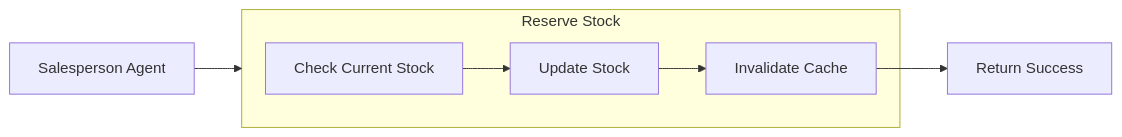
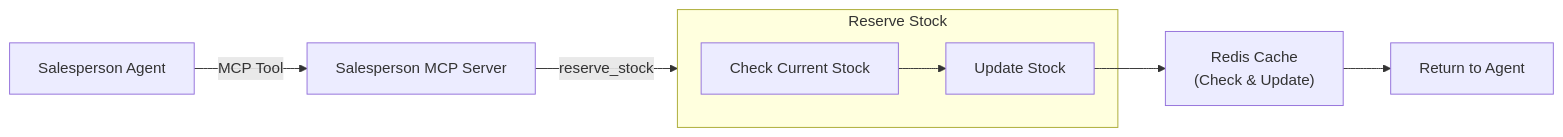
Before and after one commit to biabeogo147/Agent-Ecosystem-Salesperson-and-Payment: the sixth of 7 diagrams in DemoScenarios.md, drawn with Mermaid. The commit also changed other lines of this file and 1 other file, not shown here.

````diff
--- a/DemoScenarios.md
+++ b/DemoScenarios.md
@@ -430,13 +429,16 @@
 ```mermaid
 flowchart LR
     SA["Salesperson Agent"]
+    MCP["Salesperson MCP Server"]
+    Redis["Redis Cache<br/>(Check & Update)"]
+    Result["Return to Agent"]
+
     subgraph ReserveStock["Reserve Stock"]
         StockCheck["Check Current Stock"]
         StockUpdate["Update Stock"]
-        Cache["Invalidate Cache"]
     end
-    Result["Return Success"]
 
-    SA --> ReserveStock 
-    StockCheck --> StockUpdate --> Cache --> Result
+    SA --> |"MCP Tool"| MCP 
+    MCP --> |"reserve_stock"| ReserveStock
+    StockCheck --> StockUpdate --> Redis --> Result
 ```
````
